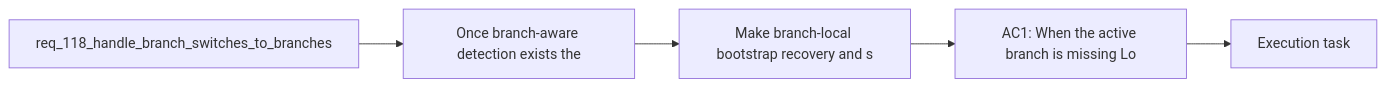
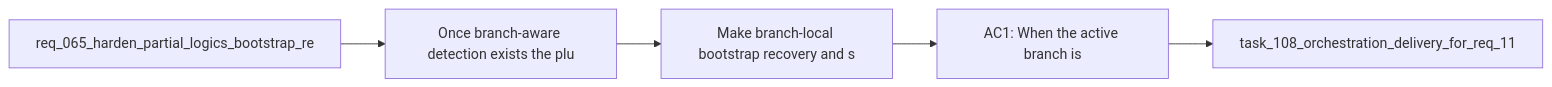
The diagram in logics/backlog/item_206_make_branch_local_bootstrap_recovery_and_setup_repair_explicit_in_the_plugin_ux.md (AlexAgo83/logics-manager), drawn with Mermaid before and after one commit. The commit also changed 481 other files, not shown here.

````diff
--- a/logics/backlog/item_206_make_branch_local_bootstrap_recovery_and_setup_repair_explicit_in_the_plugin_ux.md
+++ b/logics/backlog/item_206_make_branch_local_bootstrap_recovery_and_setup_repair_explicit_in_the_plugin_ux.md
@@ -29,9 +29,9 @@
 ```mermaid
 %% logics-kind: backlog
 %% logics-signature: backlog|make-branch-local-bootstrap-recovery-and|req-065-harden-partial-logics-bootstrap-|once-branch-aware-detection-exists-the-p|ac1-when-the-active-branch-is
 flowchart LR
-    Request[req_118_handle_branch_switches_to_branches] --> Problem[Once branch-aware detection exists the]
+    Request[req_065_harden_partial_logics_bootstrap_re] --> Problem[Once branch-aware detection exists the plu]
     Problem --> Scope[Make branch-local bootstrap recovery and s]
-    Scope --> Acceptance[AC1: When the active branch is missing Lo]
-    Acceptance --> Tasks[Execution task]
+    Scope --> Acceptance[AC1: When the active branch is]
+    Acceptance --> Tasks[task_108_orchestration_delivery_for_req_11]
 ```
````
